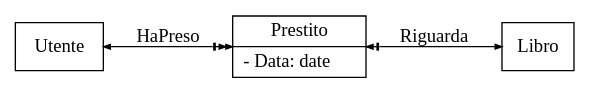
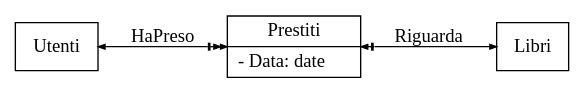
Before and after one commit to alek3y/cs: the sixth of 17 diagrams in src/ct0006-1/README.md, drawn with Graphviz. The commit also changed other lines of this file, not shown here.

````diff
--- a/src/ct0006-1/README.md
+++ b/src/ct0006-1/README.md
@@ -94,10 +94,10 @@
 ```dot process
 digraph {
 	rankdir=LR
 	node [shape=record]
 	edge [arrowsize=0.5 dir=both]
-	Prestito [label="Prestito | - Data: date\l"]
-	Utente -> Prestito [label="HaPreso" arrowhead=normalnormalnonetee]
-	Prestito -> Libro [label="Riguarda" arrowtail=normalnonetee]
+	Prestiti [label="Prestiti | - Data: date\l"]
+	Utenti -> Prestiti [label="HaPreso" arrowhead=normalnormalnonetee]
+	Prestiti -> Libri [label="Riguarda" arrowtail=normalnonetee]
 }
 ```
````
